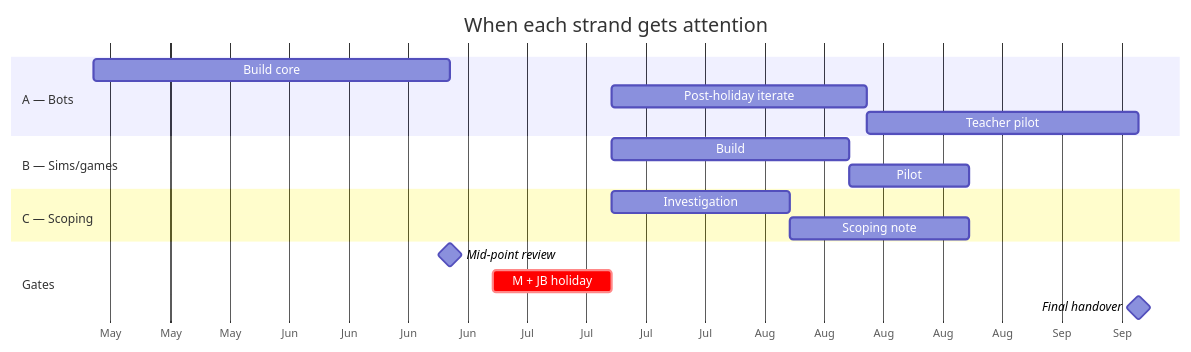
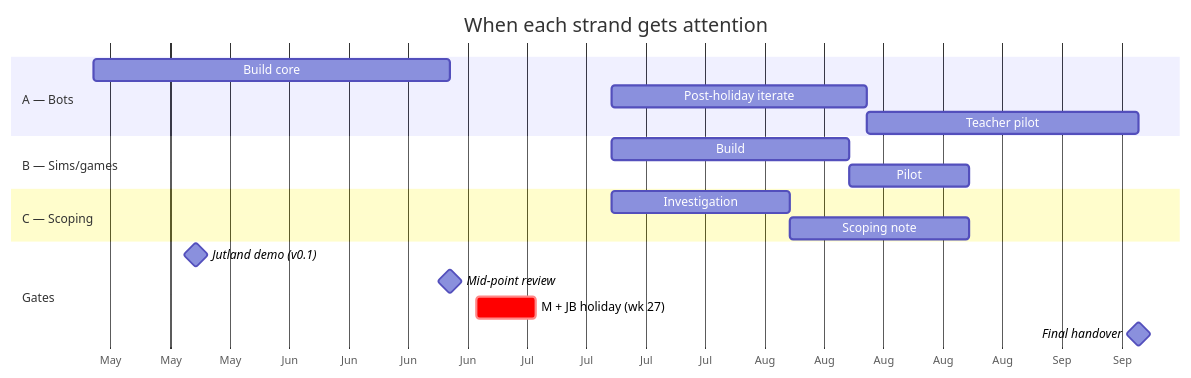
One commit to sunholo-data/aipla changed the first of 3 diagrams in strands.qmd. Above: the diagram before and after it, drawn with Mermaid. The commit also changed other lines of this file and 1 other file, not shown here.

Commit message:
Jutland demo deadline 27 May + week-27 holiday correction
Two timeline updates following conversation with JB:

1. New near-term milestone — Jutland teacher demo on Wed 27 May:
   JB + Aswin visit teachers in Jutland 27-29 May. A v0.1 demo URL
   (basic chat + one physics-tutor skill + group-ID join, deployed
   to aipla-dev-2026) needs to be ready before they go. Site +
   chat URL combined as the demo asset.

2. Holiday window corrected from "~Jul 1-15, 2 weeks" to "Week 27
   (Mon Jun 29 - Sun Jul 5), 1 week". JB and M both off the same
   week — JB Danish summer, M Croatia workshop. Tighter than I had.

Phase shape updated:
- Phase 0 (Setup) compresses to week 1 only
- Phase 0.5 (Jutland demo prep) is the new immediate priority (week 2)
- Phase 1 (Build core) now runs post-demo (May 27 - Jun 26)
- Mid-point review still Fri Jun 26
- Post-holiday iteration starts Jul 6 (was Jul 15)

Memory updated with both new dates.

````diff
--- a/strands.qmd
+++ b/strands.qmd
@@ -16,25 +16,26 @@
 ```{mermaid}
 gantt
     title When each strand gets attention
     dateFormat YYYY-MM-DD
     axisFormat %b
     todayMarker off
 
     section A — Bots
     Build core                :a1, 2026-05-15, 42d
     Post-holiday iterate      :a2, 2026-07-15, 30d
     Teacher pilot             :a3, 2026-08-14, 32d
 
     section B — Sims/games
     Build                     :b1, 2026-07-15, 28d
     Pilot                     :b2, after b1, 14d
 
     section C — Scoping
     Investigation             :c1, 2026-07-15, 21d
     Scoping note              :c2, after c1, 21d
 
     section Gates
+    Jutland demo (v0.1)       :milestone, m0, 2026-05-27, 0d
     Mid-point review          :milestone, m1, 2026-06-26, 0d
-    M + JB holiday            :crit, 2026-07-01, 14d
+    M + JB holiday (wk 27)    :crit, 2026-06-29, 7d
     Final handover            :milestone, m2, 2026-09-15, 0d
 ```
````
